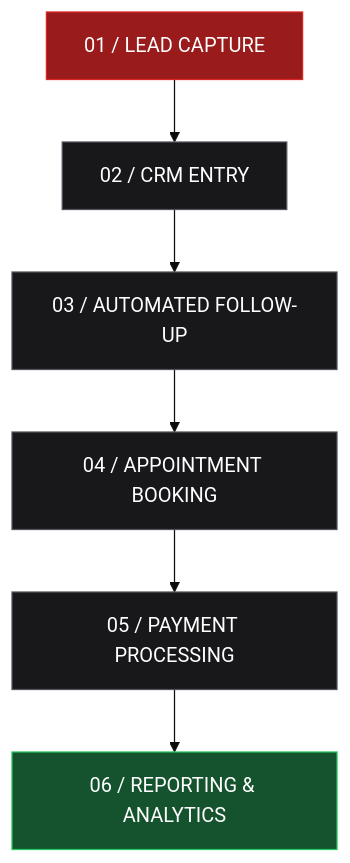
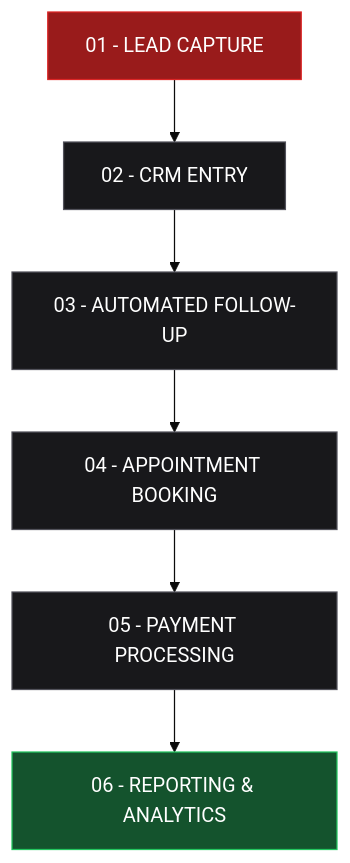
One commit to adnanjameel-ghl/ghl-audit-checklist changed the first of 2 diagrams in README.md. Above: the diagram before and after it, drawn with Mermaid (base theme). The commit also changed other lines of this file, not shown here.

````diff
--- a/README.md
+++ b/README.md
@@ -90,15 +92,15 @@
 ```mermaid
 flowchart TD
-    A["01 / LEAD CAPTURE"] --> B["02 / CRM ENTRY"]
-    B --> C["03 / AUTOMATED FOLLOW-UP"]
-    C --> D["04 / APPOINTMENT BOOKING"]
-    D --> E["05 / PAYMENT PROCESSING"]
-    E --> F["06 / REPORTING & ANALYTICS"]
+    A["01 - LEAD CAPTURE"] --> B["02 - CRM ENTRY"]
+    B --> C["03 - AUTOMATED FOLLOW-UP"]
+    C --> D["04 - APPOINTMENT BOOKING"]
+    D --> E["05 - PAYMENT PROCESSING"]
+    E --> F["06 - REPORTING & ANALYTICS"]
 
     style A fill:#991B1B,color:#fff,stroke:#DC2626
     style B fill:#18181B,color:#fff,stroke:#52525B
     style C fill:#18181B,color:#fff,stroke:#52525B
     style D fill:#18181B,color:#fff,stroke:#52525B
     style E fill:#18181B,color:#fff,stroke:#52525B
     style F fill:#14532D,color:#fff,stroke:#22C55E
 ```
````
